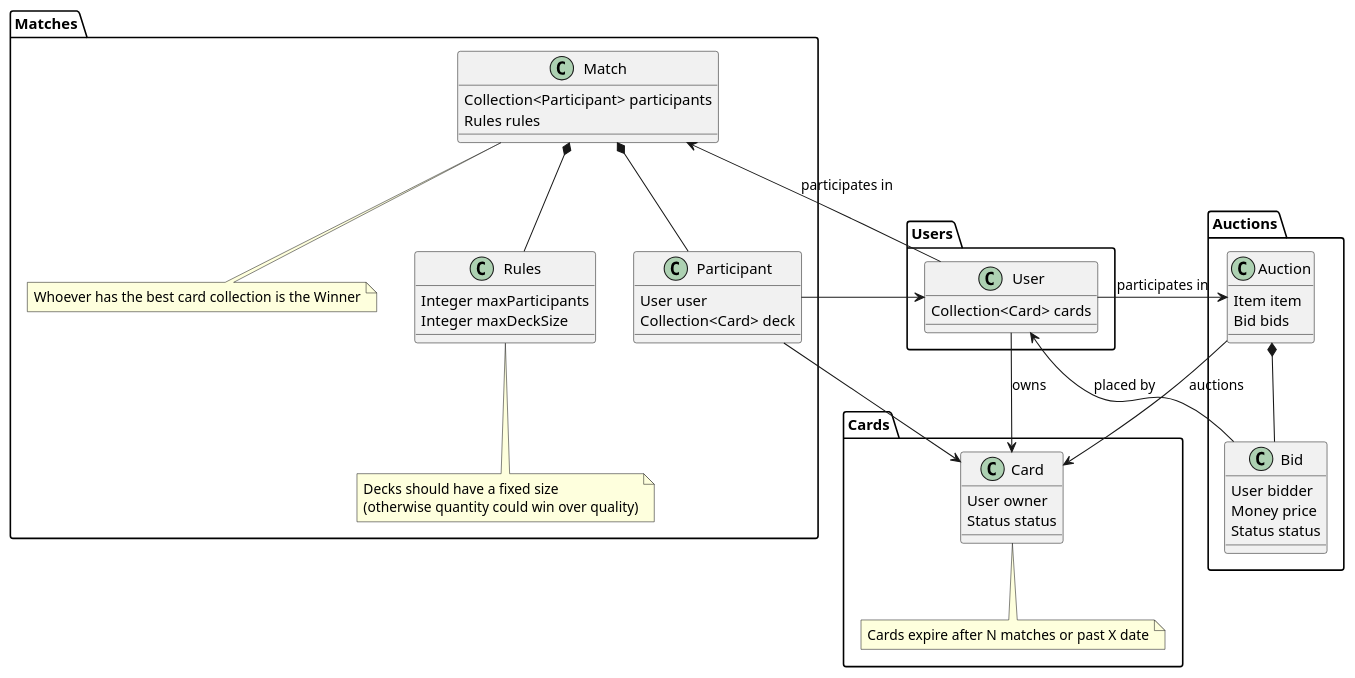
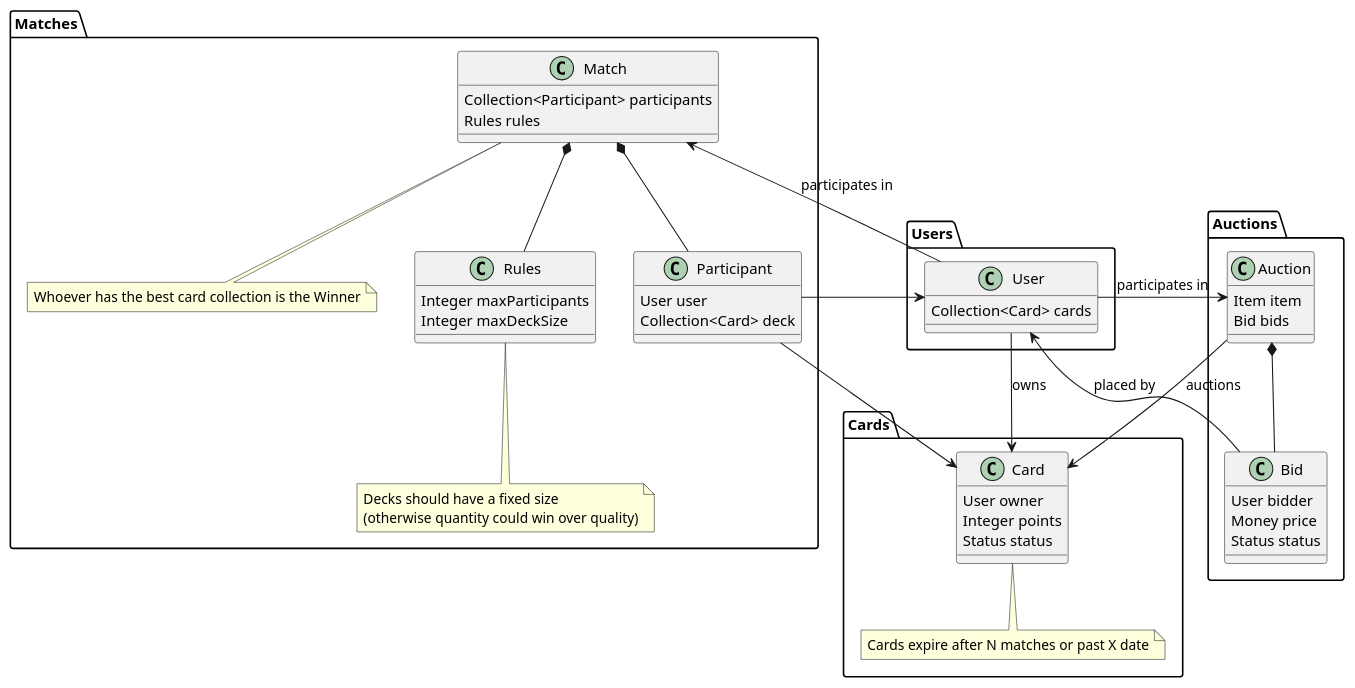
Before and after one commit to Turao/have-fun-springboot: the diagram in docs/uml.wsd, drawn with PlantUML.

Commit message:
Add points to Card in UML

```diff
--- a/docs/uml.wsd
+++ b/docs/uml.wsd
@@ -1,77 +1,78 @@
 @startuml Bounded Contexts
 
 package Cards {
   class Card {
     User owner
+    Integer points
     Status status
   }
 
   note bottom of Card
   Cards expire after N matches or past X date
   end note
 }
 
 package Matches {
   class Match {
     Collection<Participant> participants
     Rules rules
   }
 
   class Rules {
     Integer maxParticipants
     Integer maxDeckSize
   }
 
   class Participant {
     User user
     Collection<Card> deck
   }
 
   note bottom of Match
   Whoever has the best card collection is the Winner
   end note
 
   note bottom of Rules
   Decks should have a fixed size
   (otherwise quantity could win over quality)
   end note
 }
 
 package Auctions {
   class Auction {
     Item item
     Bid bids
   }
   
   class Bid {
     User bidder
     Money price
     Status status
   }
 }
 
 
 package Users {
   class User {
     Collection<Card> cards
   }
 }
 
 ' Users
 User --> Card : owns
 User --> Match : participates in
 User --> Auction : participates in
 
 ' Auctions
 Auction *-- Bid
 Auction --> Card : auctions
 Bid --> User : placed by
 
 ' Matches
 Match *-- Rules
 Match *-- Participant
 Participant --> User
 Participant --> Card
 
 
 @enduml
```
